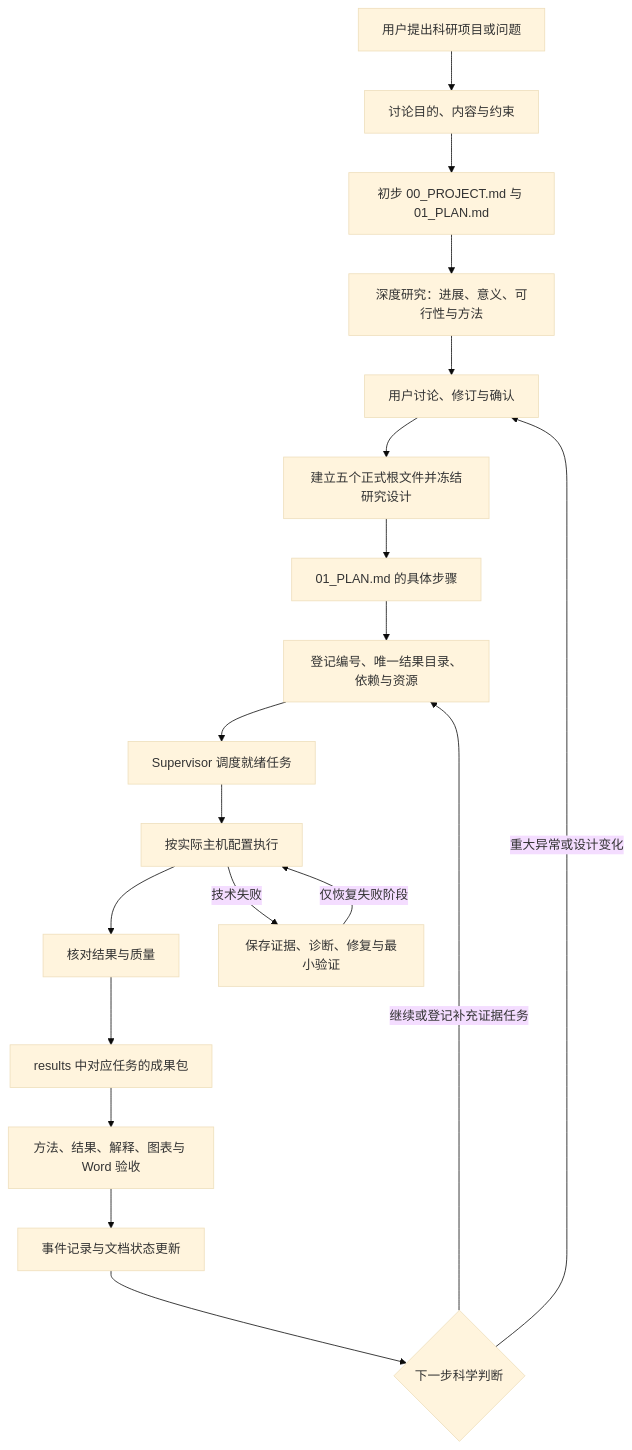
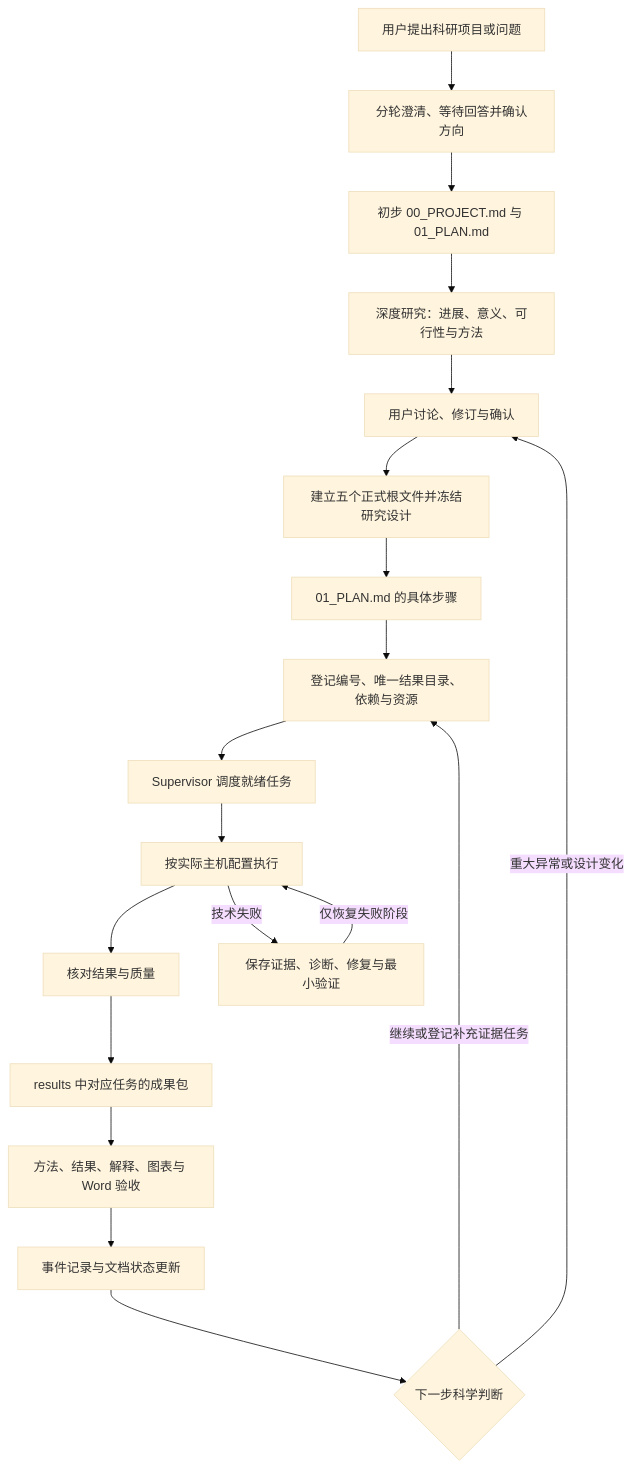
Before and after one commit to shuifeng1988/scientific_agent_design: the diagram in README.zh-CN.md, drawn with Mermaid (base theme). The commit also changed other lines of this file and 22 other files, not shown here.

````diff
--- a/README.zh-CN.md
+++ b/README.zh-CN.md
@@ -53,21 +53,21 @@
 ```mermaid
 flowchart TD
-  U["用户提出科研项目或问题"] --> A["讨论目的、内容与约束"]
+  U["用户提出科研项目或问题"] --> A["分轮澄清、等待回答并确认方向"]
   A --> B["初步 00_PROJECT.md 与 01_PLAN.md"]
   B --> C["深度研究：进展、意义、可行性与方法"]
   C --> D["用户讨论、修订与确认"]
   D --> E["建立五个正式根文件并冻结研究设计"]
   E --> P["01_PLAN.md 的具体步骤"]
   P --> R["登记编号、唯一结果目录、依赖与资源"]
   R --> S["Supervisor 调度就绪任务"]
   S --> X["按实际主机配置执行"]
   X --> V["核对结果与质量"]
   V --> O["results 中对应任务的成果包"]
   O --> I["方法、结果、解释、图表与 Word 验收"]
   I --> H["事件记录与文档状态更新"]
   H --> N{"下一步科学判断"}
   N -->|"继续或登记补充证据任务"| R
   N -->|"重大异常或设计变化"| D
   X -->|"技术失败"| F["保存证据、诊断、修复与最小验证"]
   F -->|"仅恢复失败阶段"| X
 ```
````
